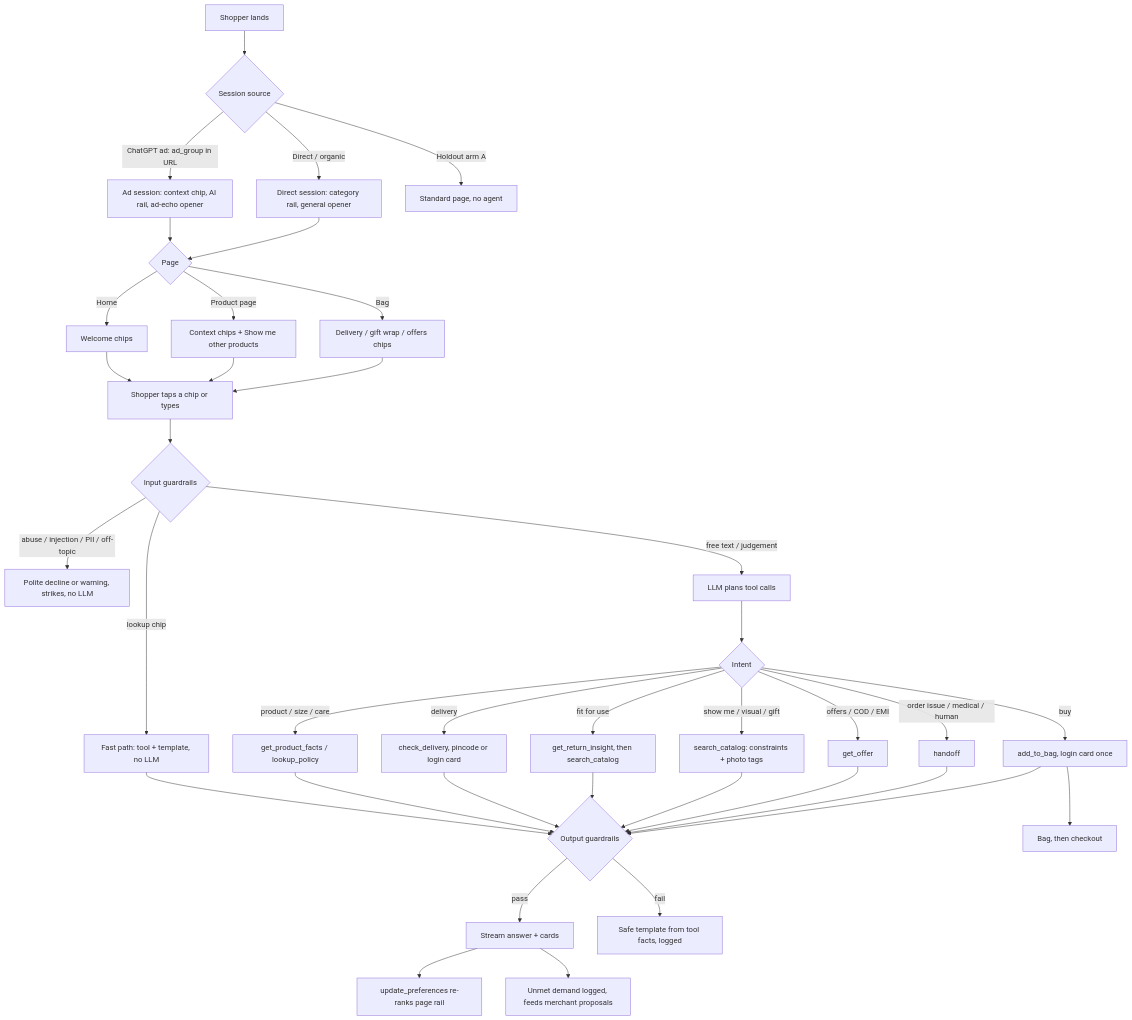
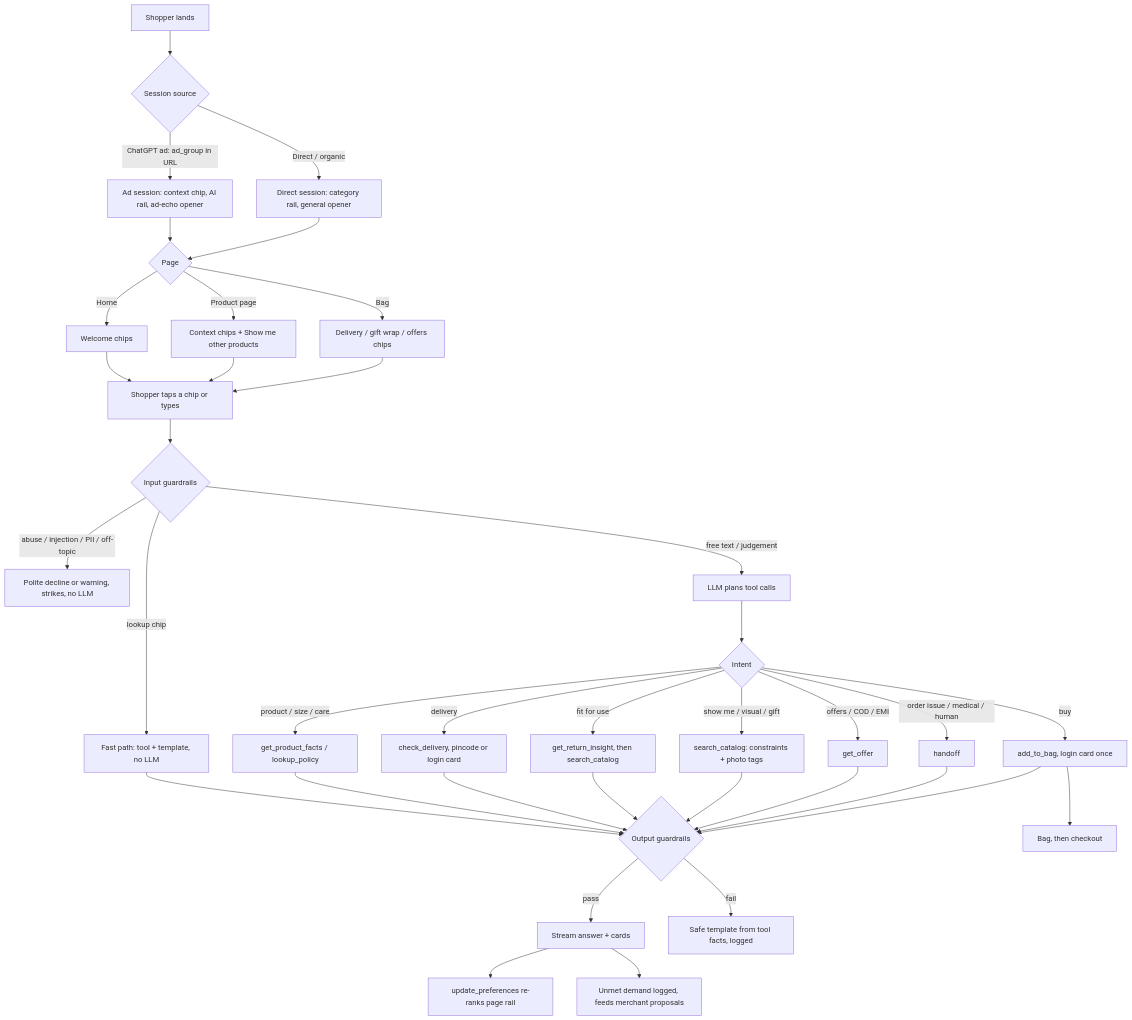
The diagram in docs/PROTOTYPE_PLAN_v2.md (Ananya-ags/Rzp_ChatGPT_Ads_Post_Click_Agent), drawn with Mermaid before and after one commit. The commit also changed other lines of this file and 27 other files, not shown here.

````diff
--- a/docs/PROTOTYPE_PLAN_v2.md
+++ b/docs/PROTOTYPE_PLAN_v2.md
@@ -439,40 +439,39 @@
 ```mermaid
 flowchart TD
   A[Shopper lands] --> B{Session source}
   B -->|ChatGPT ad: ad_group in URL| C[Ad session: context chip, AI rail, ad-echo opener]
   B -->|Direct / organic| D[Direct session: category rail, general opener]
-  B -->|Holdout arm A| Z[Standard page, no agent]
   C --> E{Page}
   D --> E
   E -->|Home| H[Welcome chips]
   E -->|Product page| P[Context chips + Show me other products]
   E -->|Bag| G[Delivery / gift wrap / offers chips]
   H --> I[Shopper taps a chip or types]
   P --> I
   G --> I
   I --> J{Input guardrails}
   J -->|abuse / injection / PII / off-topic| K[Polite decline or warning, strikes, no LLM]
   J -->|lookup chip| L[Fast path: tool + template, no LLM]
   J -->|free text / judgement| M[LLM plans tool calls]
   M --> N{Intent}
   N -->|product / size / care| T1[get_product_facts / lookup_policy]
   N -->|delivery| T2[check_delivery, pincode or login card]
   N -->|fit for use| T3[get_return_insight, then search_catalog]
   N -->|show me / visual / gift| T4[search_catalog: constraints + photo tags]
   N -->|offers / COD / EMI| T5[get_offer]
   N -->|order issue / medical / human| T6[handoff]
   N -->|buy| T7[add_to_bag, login card once]
   T1 --> O{Output guardrails}
   T2 --> O
   T3 --> O
   T4 --> O
   T5 --> O
   T6 --> O
   T7 --> O
   L --> O
   O -->|pass| R[Stream answer + cards]
   O -->|fail| S[Safe template from tool facts, logged]
   R --> U[update_preferences re-ranks page rail]
   R --> V[Unmet demand logged, feeds merchant proposals]
   T7 --> W[Bag, then checkout]
 ```
````
